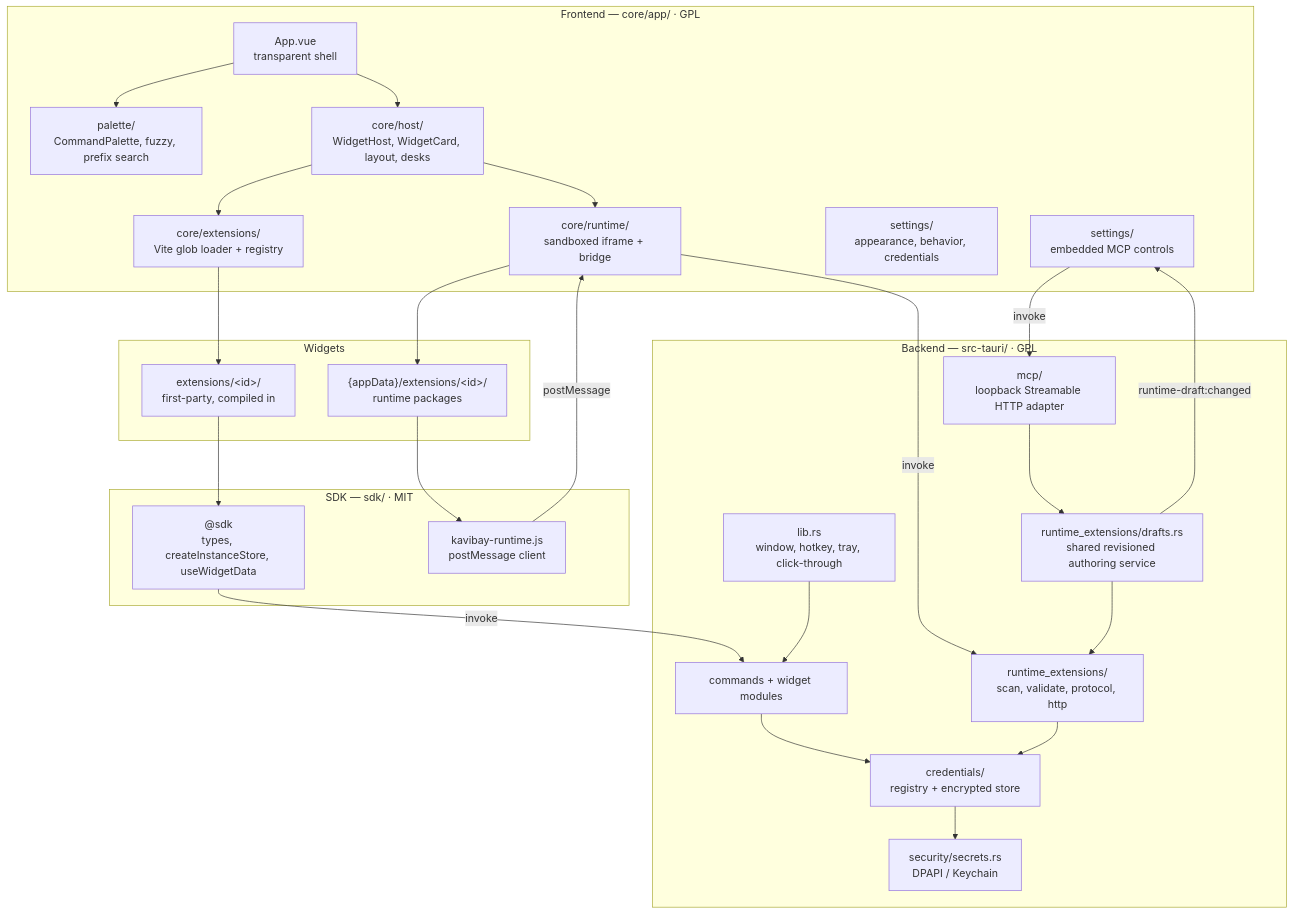
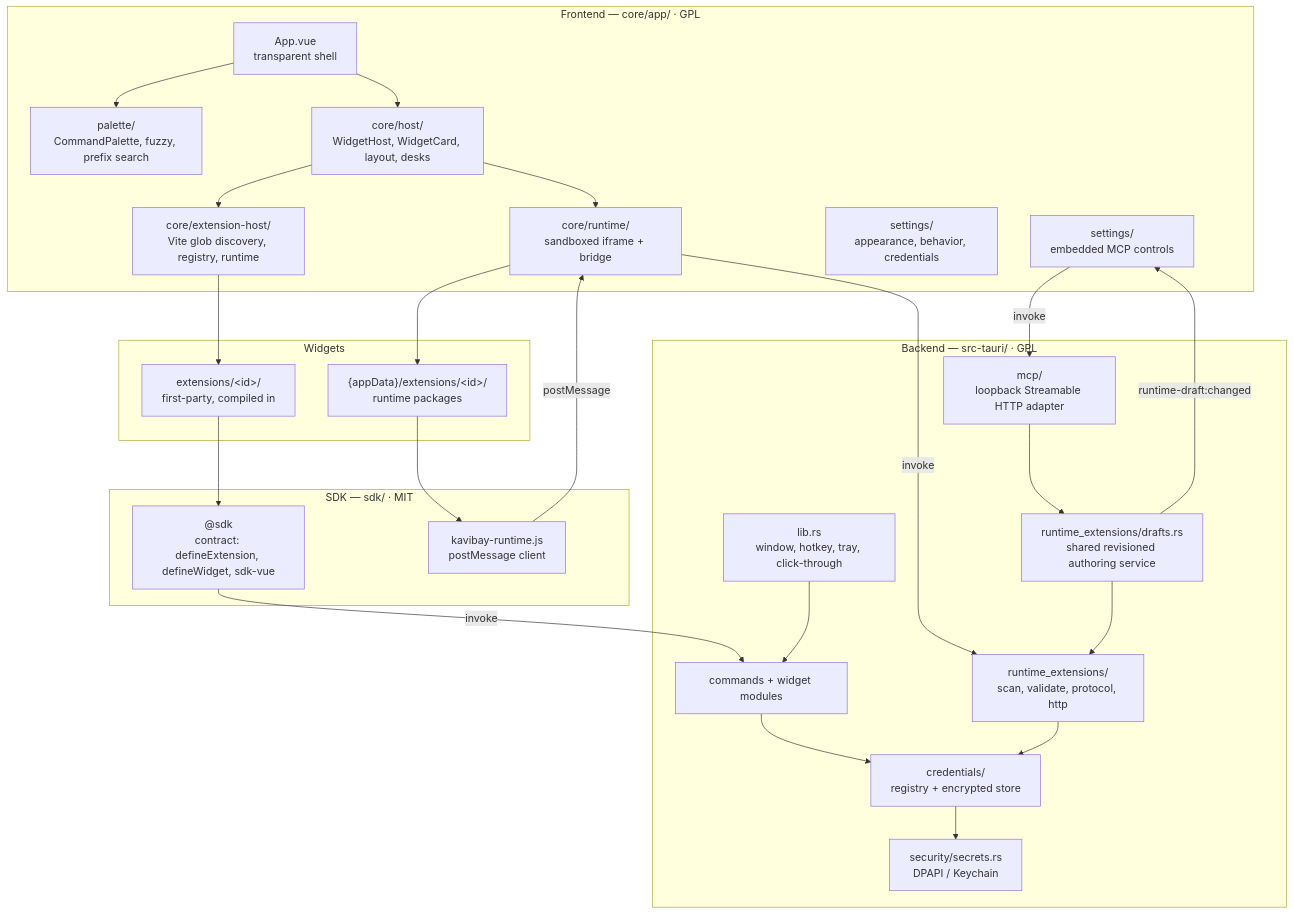
Before and after one commit to kavibay/kavibay: the first of 6 diagrams in docs/architecture.md, drawn with Mermaid. The commit also changed other lines of this file and 8 other files, not shown here.

First line of the commit message:
docs(extensions): teach the contract format in the widget tutorial (#50)

````diff
--- a/docs/architecture.md
+++ b/docs/architecture.md
@@ -9,52 +9,52 @@
 ```mermaid
 flowchart TB
     subgraph fe["Frontend — core/app/ · GPL"]
         app["App.vue<br/>transparent shell"]
         pal["palette/<br/>CommandPalette, fuzzy, prefix search"]
         host["core/host/<br/>WidgetHost, WidgetCard, layout, desks"]
-        reg["core/extensions/<br/>Vite glob loader + registry"]
+        reg["core/extension-host/<br/>Vite glob discovery, registry, runtime"]
         run["core/runtime/<br/>sandboxed iframe + bridge"]
         set["settings/<br/>appearance, behavior, credentials"]
         mcpui["settings/<br/>embedded MCP controls"]
     end
 
     subgraph sdkbox["SDK — sdk/ · MIT"]
-        sdke["@sdk<br/>types, createInstanceStore, useWidgetData"]
+        sdke["@sdk<br/>contract: defineExtension, defineWidget, sdk-vue"]
         sdkr["kavibay-runtime.js<br/>postMessage client"]
     end
 
     subgraph ext["Widgets"]
         first["extensions/&lt;id&gt;/<br/>first-party, compiled in"]
         pkg["{appData}/extensions/&lt;id&gt;/<br/>runtime packages"]
     end
 
     subgraph be["Backend — src-tauri/ · GPL"]
         libmod["lib.rs<br/>window, hotkey, tray, click-through"]
         cmd["commands + widget modules"]
         cred["credentials/<br/>registry + encrypted store"]
         rtx["runtime_extensions/<br/>scan, validate, protocol, http"]
         authoring["runtime_extensions/drafts.rs<br/>shared revisioned authoring service"]
         mcp["mcp/<br/>loopback Streamable HTTP adapter"]
         sec["security/secrets.rs<br/>DPAPI / Keychain"]
     end
 
     app --> pal
     app --> host
     host --> reg
     reg --> first
     host --> run
     run --> pkg
     first --> sdke
     pkg --> sdkr
     sdke -- "invoke" --> cmd
     sdkr -- "postMessage" --> run
     run -- "invoke" --> rtx
     cmd --> cred
     rtx --> cred
     mcpui -- "invoke" --> mcp
     mcp --> authoring
     authoring --> rtx
     authoring -->|runtime-draft:changed| mcpui
     cred --> sec
     libmod --> cmd
 ```
````
